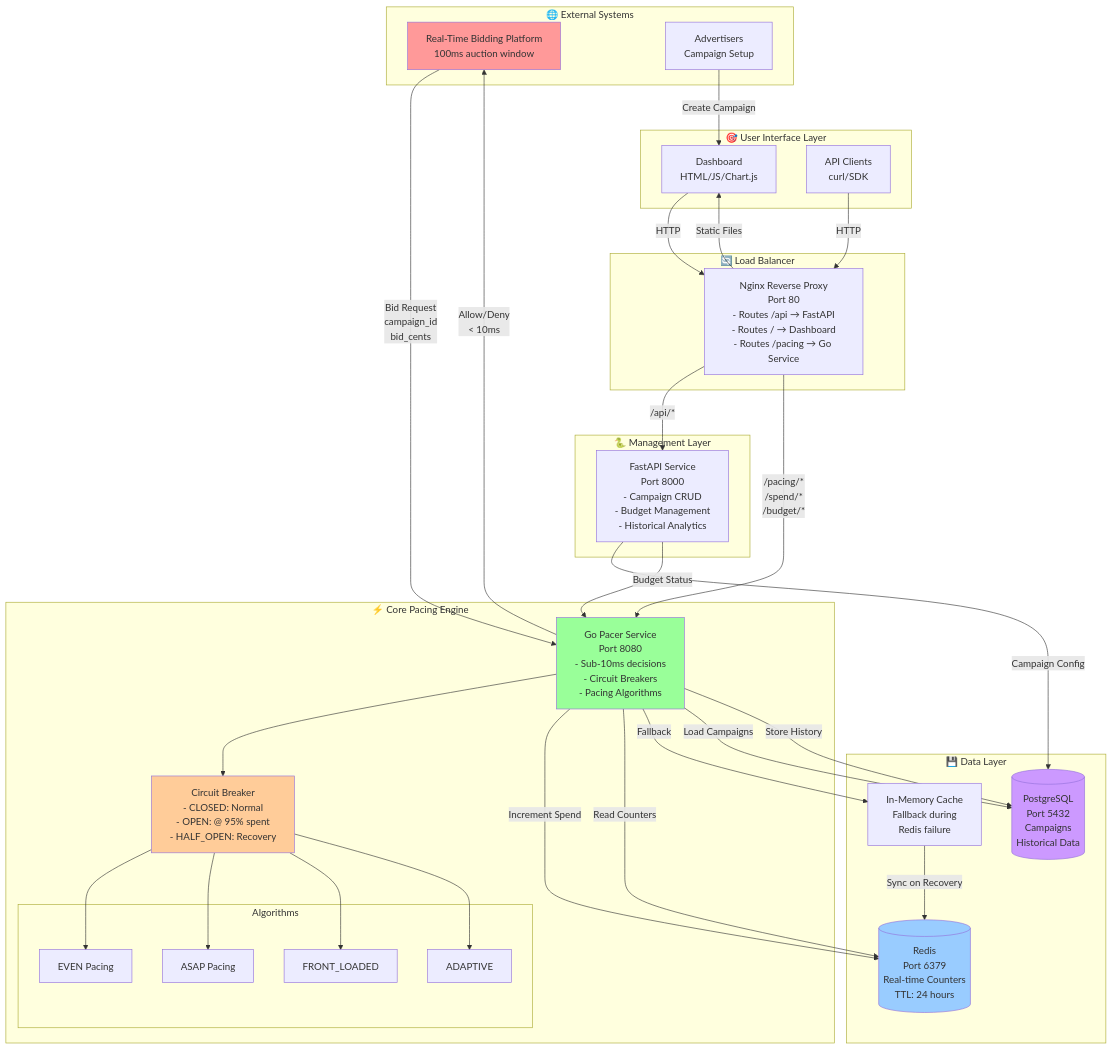
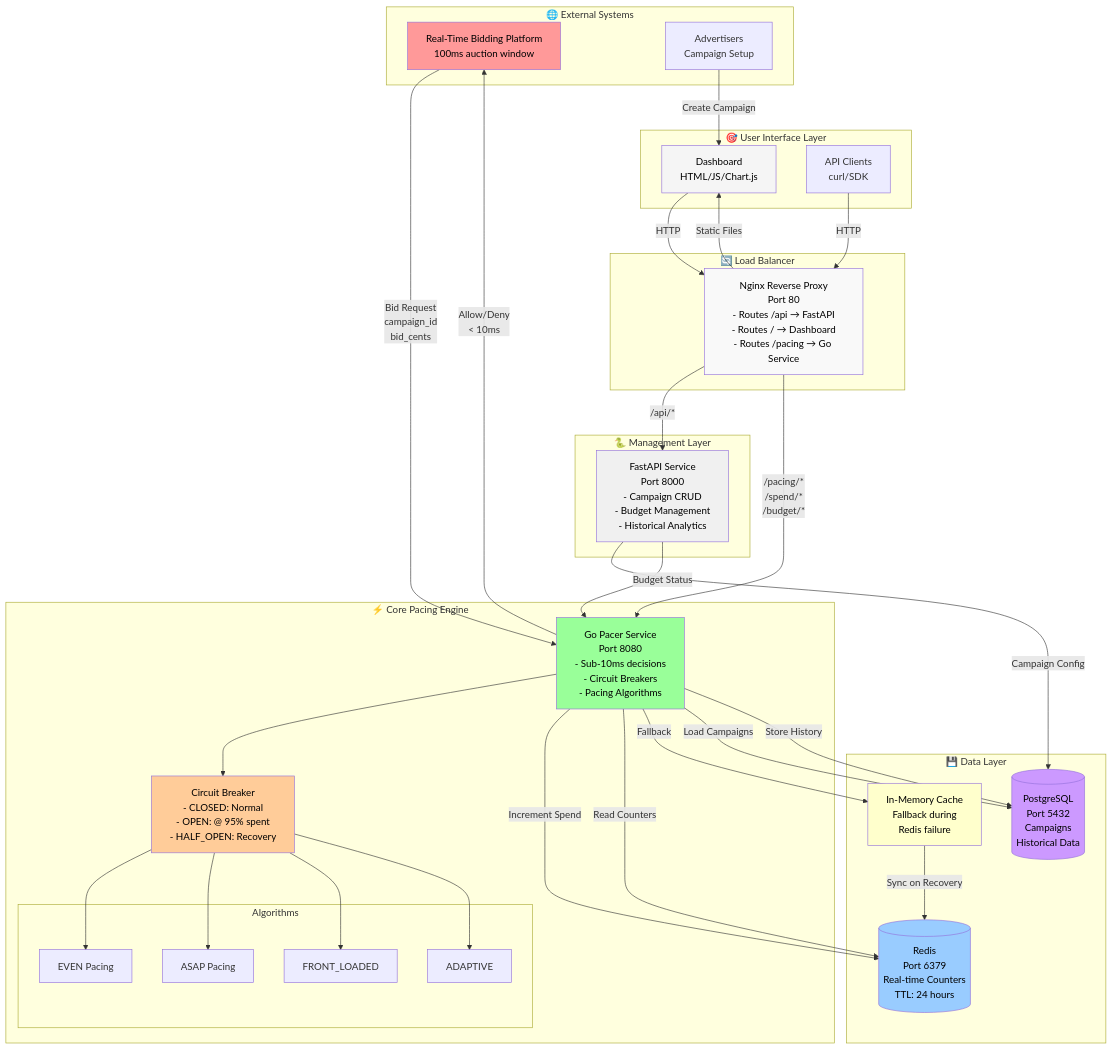
Before and after one commit to t84393252-create/ad_campaign_budget_pacer_244: the diagram in SYSTEM_DIAGRAM.md, drawn with Mermaid.

Commit message:
fix: Update mermaid diagram text to black for better readability
Changed all colored box text from grey to black (#000) for improved visibility

🤖 Generated with [Claude Code](https://claude.ai/code)

````diff
--- a/SYSTEM_DIAGRAM.md
+++ b/SYSTEM_DIAGRAM.md
@@ -5,78 +5,82 @@
 ```mermaid
 graph TB
     subgraph "🌐 External Systems"
         RTB[Real-Time Bidding Platform<br/>100ms auction window]
         ADV[Advertisers<br/>Campaign Setup]
     end
 
     subgraph "🎯 User Interface Layer"
         DASH[Dashboard<br/>HTML/JS/Chart.js]
         API_CLIENT[API Clients<br/>curl/SDK]
     end
 
     subgraph "🔄 Load Balancer"
         NGINX[Nginx Reverse Proxy<br/>Port 80<br/>- Routes /api → FastAPI<br/>- Routes / → Dashboard<br/>- Routes /pacing → Go Service]
     end
 
     subgraph "🐍 Management Layer"
         FASTAPI[FastAPI Service<br/>Port 8000<br/>- Campaign CRUD<br/>- Budget Management<br/>- Historical Analytics]
     end
 
     subgraph "⚡ Core Pacing Engine"
         PACER[Go Pacer Service<br/>Port 8080<br/>- Sub-10ms decisions<br/>- Circuit Breakers<br/>- Pacing Algorithms]
         
         subgraph "Algorithms"
             EVEN[EVEN Pacing]
             ASAP[ASAP Pacing]
             FRONT[FRONT_LOADED]
             ADAPT[ADAPTIVE]
         end
         
         CB[Circuit Breaker<br/>- CLOSED: Normal<br/>- OPEN: @ 95% spent<br/>- HALF_OPEN: Recovery]
     end
 
     subgraph "💾 Data Layer"
         REDIS[(Redis<br/>Port 6379<br/>Real-time Counters<br/>TTL: 24 hours)]
         PG[(PostgreSQL<br/>Port 5432<br/>Campaigns<br/>Historical Data)]
         MEMORY[In-Memory Cache<br/>Fallback during<br/>Redis failure]
     end
 
     %% User flows
     ADV -->|Create Campaign| DASH
     DASH -->|HTTP| NGINX
     API_CLIENT -->|HTTP| NGINX
     
     %% Nginx routing
     NGINX -->|/api/*| FASTAPI
     NGINX -->|Static Files| DASH
     NGINX -->|/pacing/*<br/>/spend/*<br/>/budget/*| PACER
     
     %% FastAPI operations
     FASTAPI -->|Campaign Config| PG
     FASTAPI -->|Budget Status| PACER
     
     %% RTB flow
     RTB -->|Bid Request<br/>campaign_id<br/>bid_cents| PACER
     PACER -->|Allow/Deny<br/>< 10ms| RTB
     
     %% Pacer internal flow
     PACER --> CB
     CB --> EVEN
     CB --> ASAP
     CB --> FRONT
     CB --> ADAPT
     
     %% Data flows
     PACER -->|Increment Spend| REDIS
     PACER -->|Read Counters| REDIS
     PACER -->|Fallback| MEMORY
     MEMORY -->|Sync on Recovery| REDIS
     PACER -->|Load Campaigns| PG
     PACER -->|Store History| PG
 
-    style RTB fill:#ff9999
-    style PACER fill:#99ff99
-    style CB fill:#ffcc99
-    style REDIS fill:#99ccff
-    style PG fill:#cc99ff
+    style RTB fill:#ff9999,color:#000
+    style PACER fill:#99ff99,color:#000
+    style CB fill:#ffcc99,color:#000
+    style REDIS fill:#99ccff,color:#000
+    style PG fill:#cc99ff,color:#000
+    style NGINX fill:#f9f9f9,color:#000
+    style FASTAPI fill:#f0f0f0,color:#000
+    style DASH fill:#f5f5f5,color:#000
+    style MEMORY fill:#ffffcc,color:#000
 ```
````
